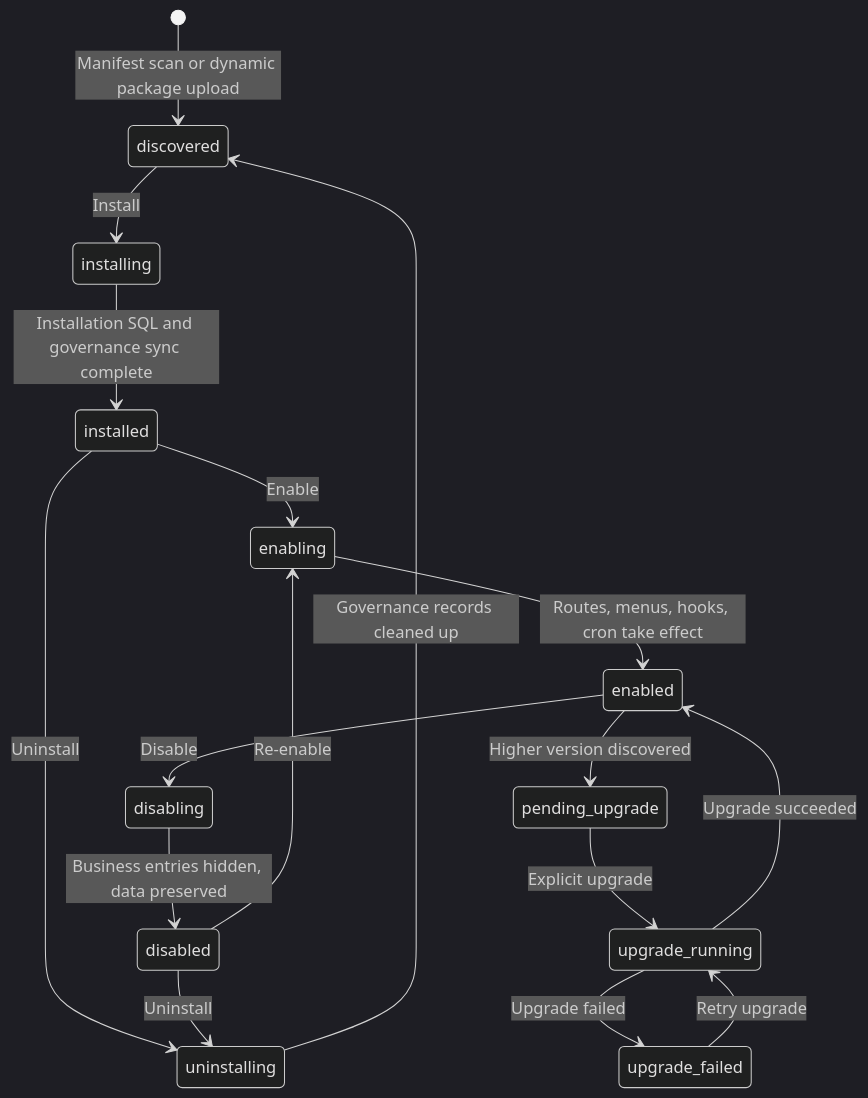
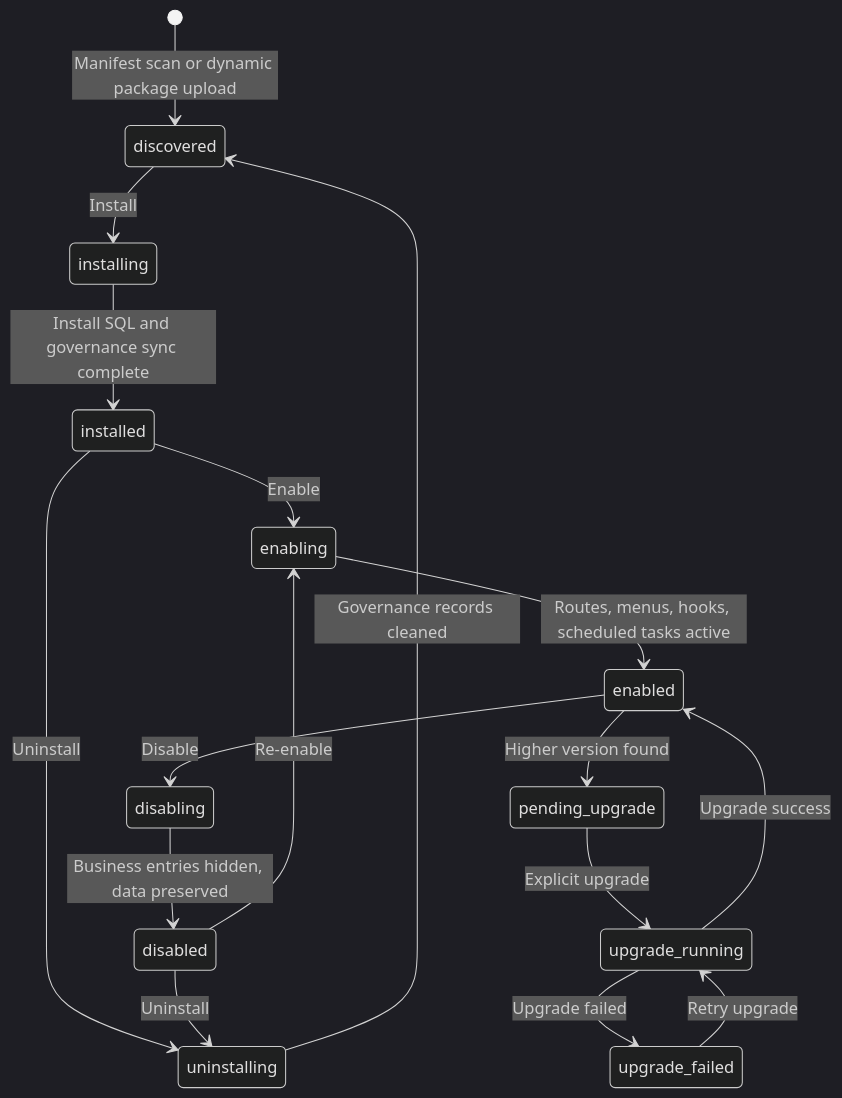
The second of 2 diagrams in apps/lina-site/i18n/en/docusaurus-plugin-content-docs/current/docs/2000-components/5000-plugin-system/5000-plugin-system.md (linaproai/linapro-site), drawn with Mermaid (dark theme) before and after one commit. The commit also changed other lines of this file and 56 other files, not shown here.

Commit message:
Refactor documentation for tenant and user capabilities; enhance clarity and consistency in descriptions, method names, and usage examples. Update overview and architecture sections for improved readability and coherence. Adjust demo instructions and project positioning for better user guidance.

````diff
--- a/apps/lina-site/i18n/en/docusaurus-plugin-content-docs/current/docs/2000-components/5000-plugin-system/5000-plugin-system.md
+++ b/apps/lina-site/i18n/en/docusaurus-plugin-content-docs/current/docs/2000-components/5000-plugin-system/5000-plugin-system.md
@@ -190,19 +370,19 @@
 ```mermaid
 stateDiagram-v2
     [*] --> discovered: Manifest scan or dynamic package upload
     discovered --> installing: Install
-    installing --> installed: Installation SQL and governance sync complete
+    installing --> installed: Install SQL and governance sync complete
     installed --> enabling: Enable
-    enabling --> enabled: Routes, menus, hooks, cron take effect
+    enabling --> enabled: Routes, menus, hooks, scheduled tasks active
     enabled --> disabling: Disable
     disabling --> disabled: Business entries hidden, data preserved
     disabled --> enabling: Re-enable
     installed --> uninstalling: Uninstall
     disabled --> uninstalling: Uninstall
-    uninstalling --> discovered: Governance records cleaned up
-    enabled --> pending_upgrade: Higher version discovered
+    uninstalling --> discovered: Governance records cleaned
+    enabled --> pending_upgrade: Higher version found
     pending_upgrade --> upgrade_running: Explicit upgrade
-    upgrade_running --> enabled: Upgrade succeeded
+    upgrade_running --> enabled: Upgrade success
     upgrade_running --> upgrade_failed: Upgrade failed
     upgrade_failed --> upgrade_running: Retry upgrade
 ```
````
